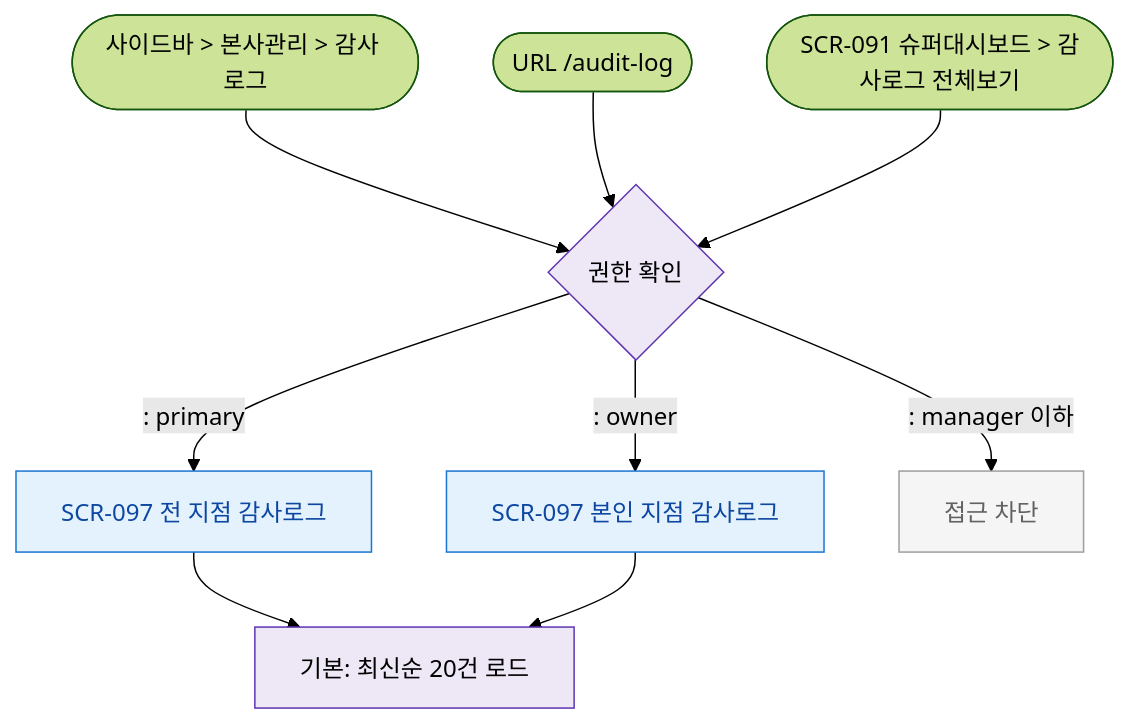
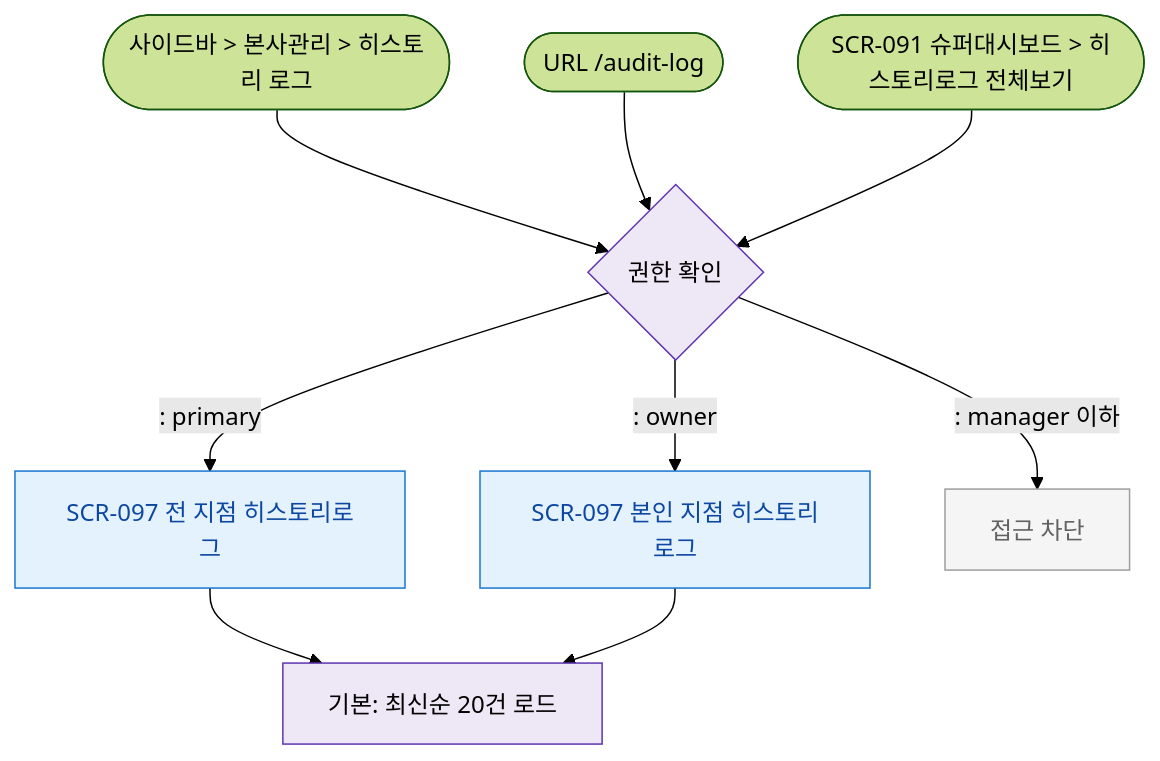
Before and after one commit to dev-spogym/admin-pando: the diagram in docs/admin/다이어그램/D10_본사관리/SCR-097_감사로그/F1_진입.md, drawn with Mermaid (forest theme). The commit also changed other lines of this file and 442 other files, not shown here.

````diff
--- a/docs/admin/다이어그램/D10_본사관리/SCR-097_감사로그/F1_진입.md
+++ b/docs/admin/다이어그램/D10_본사관리/SCR-097_감사로그/F1_진입.md
@@ -12,20 +12,20 @@
 ```mermaid
 flowchart TD
-  E1([사이드바 > 본사관리 > 감사 로그]) --> AuthCheck{권한 확인}
+  E1([사이드바 > 본사관리 > 히스토리 로그]) --> AuthCheck{권한 확인}
   E2([URL /audit-log]) --> AuthCheck
-  E3([SCR-091 슈퍼대시보드 > 감사로그 전체보기]) --> AuthCheck
+  E3([SCR-091 슈퍼대시보드 > 히스토리로그 전체보기]) --> AuthCheck
 
-  AuthCheck -->|": primary"|SCR_097_Full[SCR-097 전 지점 감사로그]
-  AuthCheck -->|": owner"|SCR_097_Branch[SCR-097 본인 지점 감사로그]
+  AuthCheck -->|": primary"|SCR_097_Full[SCR-097 전 지점 히스토리로그]
+  AuthCheck -->|": owner"|SCR_097_Branch[SCR-097 본인 지점 히스토리로그]
   AuthCheck -->|": manager 이하"|Blocked[접근 차단]
 
   SCR_097_Full & SCR_097_Branch --> DefaultLoad[기본: 최신순 20건 로드]
 
   classDef screen fill:#E3F2FD,stroke:#1976D2,color:#0D47A1
   classDef system fill:#EDE7F6,stroke:#5E35B2
   classDef rbacBlocked fill:#F5F5F5,stroke:#9E9E9E,color:#616161
 
   class SCR_097_Full,SCR_097_Branch screen
   class AuthCheck,DefaultLoad system
   class Blocked rbacBlocked
 ```
````
